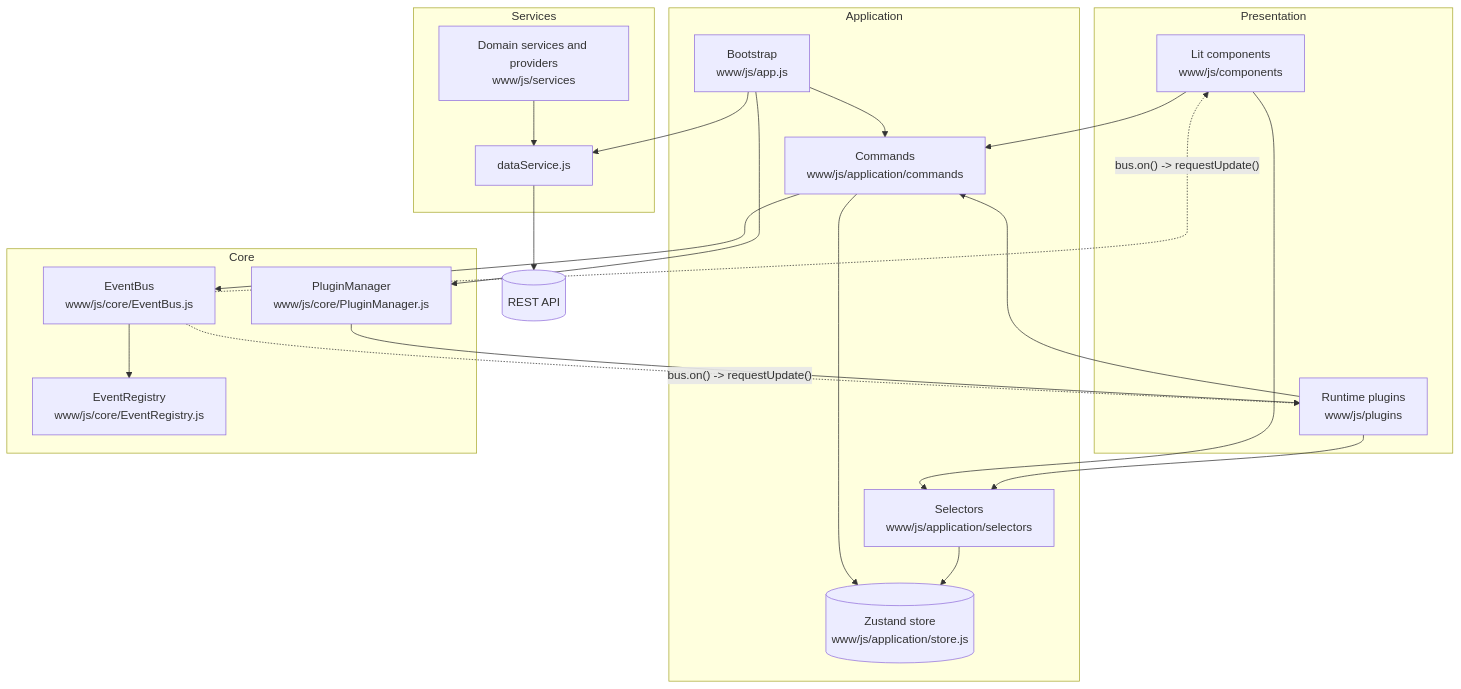
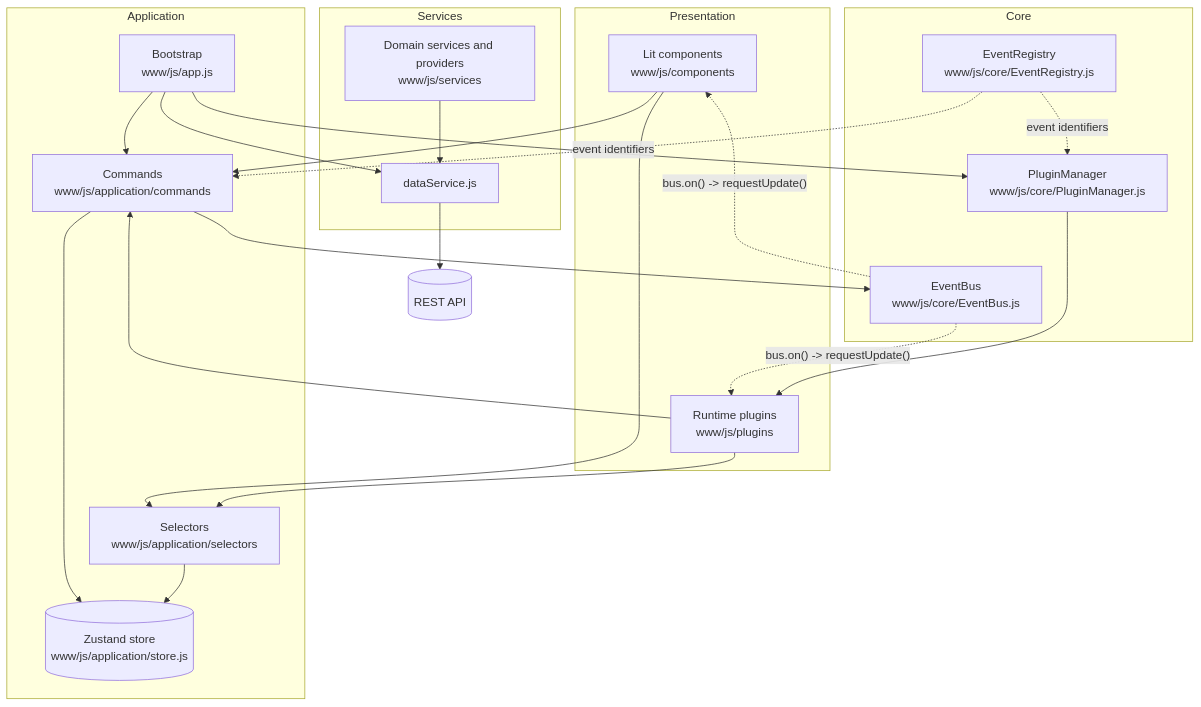
Before and after one commit to kpoppel/PlannerTool: the second of 4 diagrams in docs/ARCHITECTURE.md, drawn with Mermaid. The commit also changed other lines of this file, not shown here.

Commit message:
Updated architecture

````diff
--- a/docs/ARCHITECTURE.md
+++ b/docs/ARCHITECTURE.md
@@ -73,44 +75,45 @@
 ```mermaid
 flowchart TD
     subgraph Presentation
         Comp[Lit components\nwww/js/components]
         Plugins[Runtime plugins\nwww/js/plugins]
     end
 
     subgraph Application
         Cmd[Commands\nwww/js/application/commands]
         Sel[Selectors\nwww/js/application/selectors]
         Store[(Zustand store\nwww/js/application/store.js)]
         Boot[Bootstrap\nwww/js/app.js]
     end
 
     subgraph Core
         Bus[EventBus\nwww/js/core/EventBus.js]
         Registry[EventRegistry\nwww/js/core/EventRegistry.js]
         PM[PluginManager\nwww/js/core/PluginManager.js]
     end
 
     subgraph Services
         DataSvc[dataService.js]
         DomainSvc[Domain services and providers\nwww/js/services]
     end
 
     API[(REST API)]
 
     Boot --> Cmd
     Boot --> PM
     Boot --> DataSvc
     Comp --> Cmd
     Plugins --> Cmd
     Comp --> Sel
     Plugins --> Sel
     Cmd --> Store
     Sel --> Store
     Cmd --> Bus
     Bus -.->|"bus.on() -> requestUpdate()"| Comp
     Bus -.->|"bus.on() -> requestUpdate()"| Plugins
-    Bus --> Registry
+    Registry -.->|event identifiers| Cmd
+    Registry -.->|event identifiers| PM
     PM --> Plugins
     DataSvc --> API
     DomainSvc --> DataSvc
 ```
````
